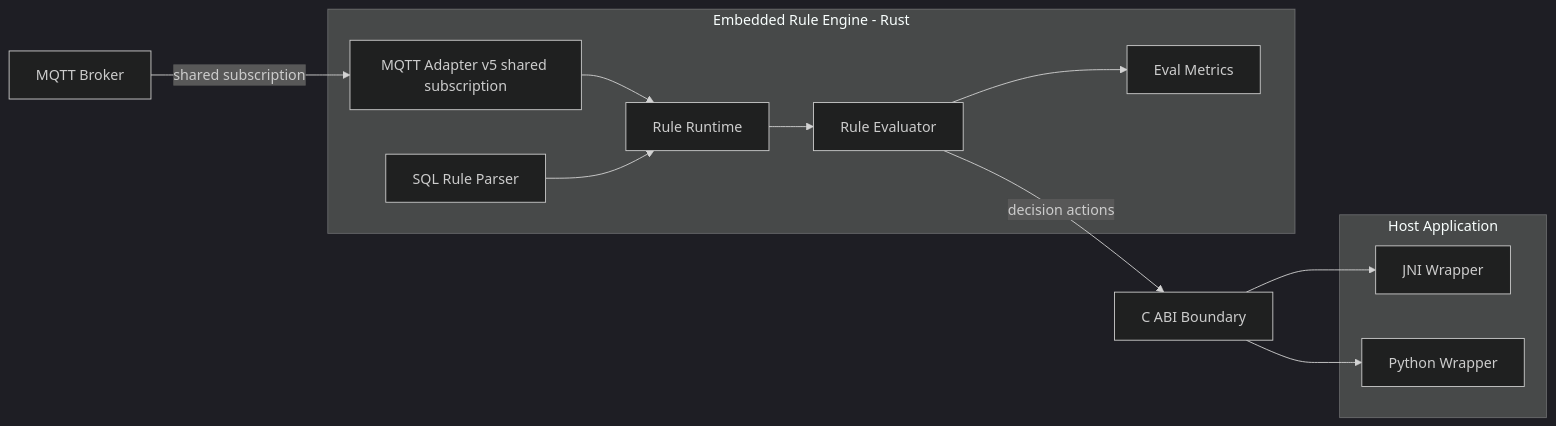
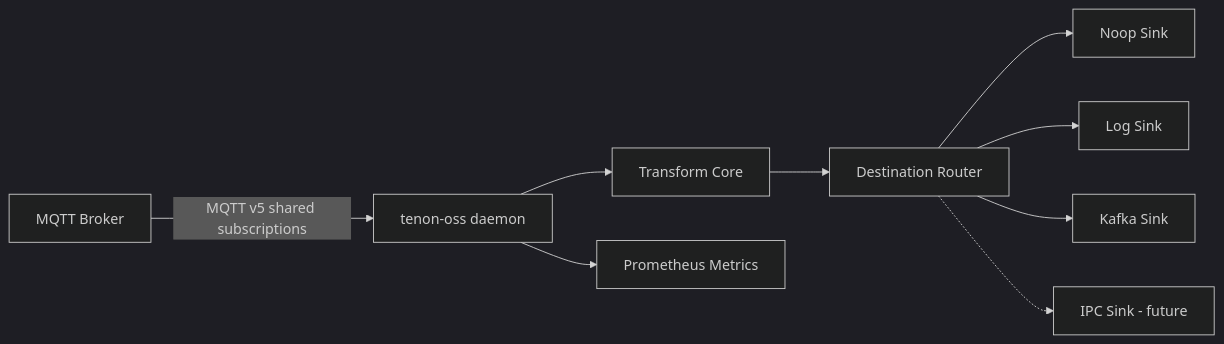
The diagram in README.md (Gujiawei-Edinburgh/bifrore), drawn with Mermaid (dark theme) before and after one commit. The commit also changed other lines of this file, not shown here.

````diff
--- a/README.md
+++ b/README.md
@@ -10,30 +9,21 @@
 ```mermaid
 flowchart LR
-  subgraph Host[Host Application]
-    JNI[JNI Wrapper]
-    PY[Python Wrapper]
-  end
+  Broker[MQTT Broker]
+  Tenon[tenon-oss daemon]
+  Core[Transform Core]
+  Router[Destination Router]
+  Noop[Noop Sink]
+  Log[Log Sink]
+  Kafka[Kafka Sink]
+  IPC[IPC Sink - future]
+  Metrics[Prometheus Metrics]
 
-  CABI[C ABI Boundary]
-
-  subgraph Engine[Embedded Rule Engine - Rust]
-    ADP[MQTT Adapter v5 shared subscription]
-    PARSE[SQL Rule Parser]
-    RT[Rule Runtime]
-    EVAL[Rule Evaluator]
-    METRICS[Eval Metrics]
-  end
-
-  Broker[MQTT Broker]
-
-  Broker -->|shared subscription| ADP
-  ADP --> RT
-  PARSE --> RT
-  RT --> EVAL
-  EVAL --> METRICS
-  EVAL -->|decision actions| CABI
-
-  CABI --> JNI
-  CABI --> PY
-
+  Broker -->|MQTT v5 shared subscriptions| Tenon
+  Tenon --> Core
+  Core --> Router
+  Router --> Noop
+  Router --> Log
+  Router --> Kafka
+  Router -.-> IPC
+  Tenon --> Metrics
 ```
````
